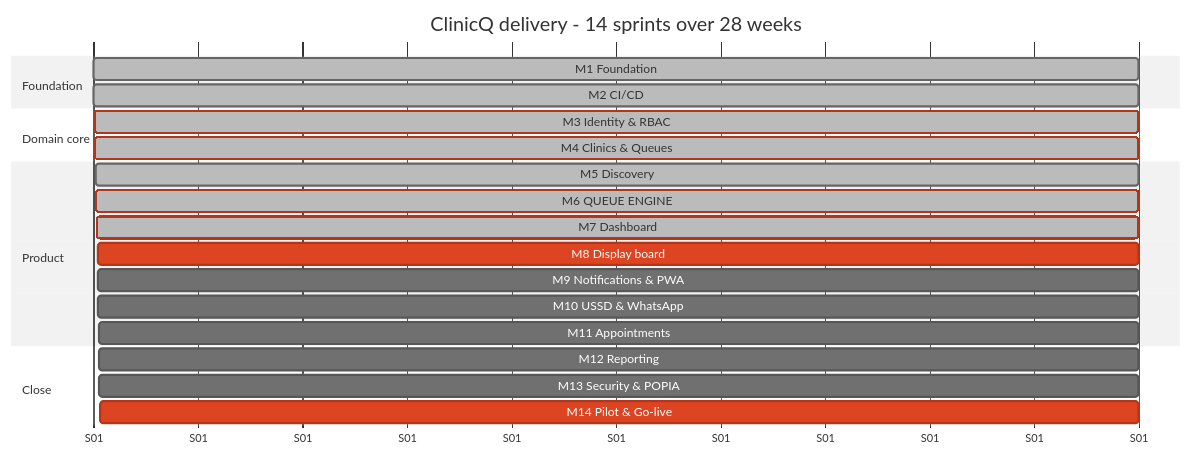
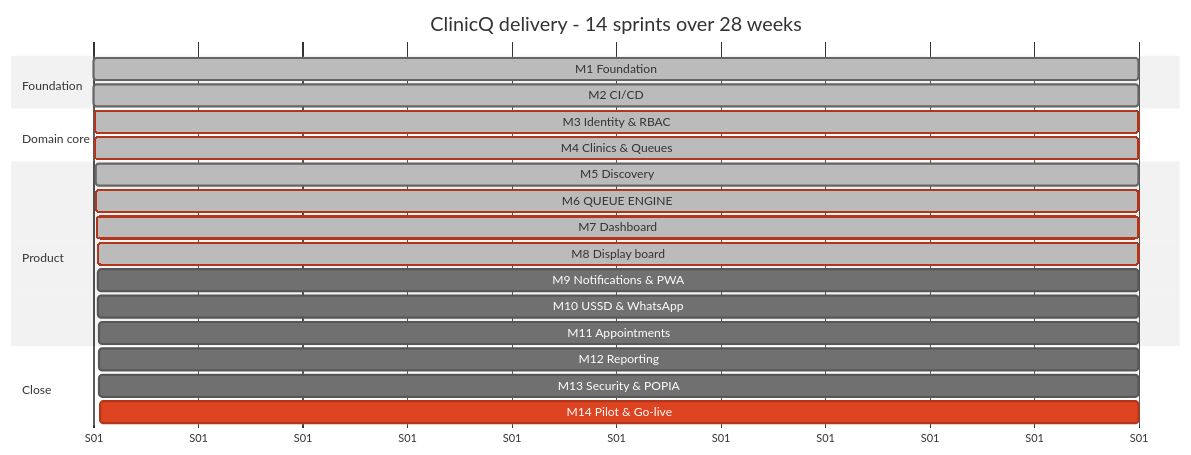
One commit to Billykat7/clinicQ changed the second of 2 diagrams in docs/PLAN/IMPLEMENTATION_PLAN.md. Above: the diagram before and after it, drawn with Mermaid (neutral theme). The commit also changed 6 other files, not shown here.

````diff
--- a/docs/PLAN/IMPLEMENTATION_PLAN.md
+++ b/docs/PLAN/IMPLEMENTATION_PLAN.md
@@ -76,24 +76,24 @@
 ```mermaid
 gantt
     title ClinicQ delivery - 14 sprints over 28 weeks
     dateFormat X
     axisFormat S%d
     section Foundation
     M1 Foundation            :done,   m1, 0, 2
     M2 CI/CD                 :done,   m2, 1, 2
     section Domain core
     M3 Identity & RBAC       :crit, done, m3, 2, 2
     M4 Clinics & Queues      :crit, done, m4, 3, 2
     section Product
     M5 Discovery             :done,   m5, 4, 2
     M6 QUEUE ENGINE          :crit, done, m6, 5, 2
     M7 Dashboard             :crit, done, m7, 7, 2
-    M8 Display board         :crit,   m8, 8, 2
+    M8 Display board         :crit, done, m8, 8, 2
     M9 Notifications & PWA   :        m9, 8, 2
     M10 USSD & WhatsApp      :        m10, 9, 2
     M11 Appointments         :        m11, 10, 2
     section Close
     M12 Reporting            :        m12, 11, 2
     M13 Security & POPIA     :        m13, 11, 2
     M14 Pilot & Go-live      :crit,   m14, 12, 2
 ```
````
